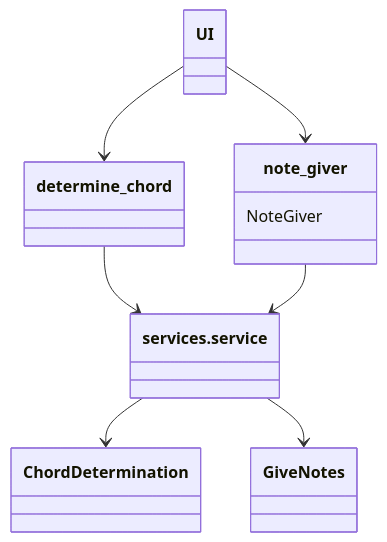
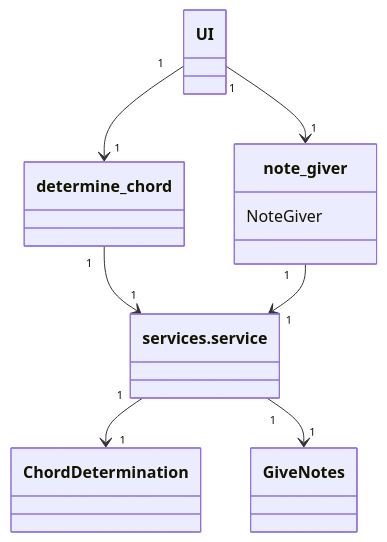
The diagram in dokumentaatio/arkkitehtuuri.md (Aaltonenn/ot-harjoitustyo), drawn with Mermaid before and after one commit.

````diff
--- a/dokumentaatio/arkkitehtuuri.md
+++ b/dokumentaatio/arkkitehtuuri.md
@@ -3,22 +3,22 @@
 ```mermaid
  classDiagram
-      UI --> determine_chord
-      UI --> note_giver
-      determine_chord --> services.service
-      note_giver --> services.service
-      services.service --> ChordDetermination
-      services.service --> GiveNotes
+      UI "1" --> "1" determine_chord
+      UI "1" --> "1" note_giver
+      determine_chord "1" --> "1" services.service
+      note_giver "1" --> "1" services.service
+      services.service "1" --> "1" ChordDetermination
+      services.service "1" --> "1" GiveNotes
       
       class note_giver{
       NoteGiver
       }
       class determine_chord{
       }
       class services.service{
       }
       class ChordDetermination{
       }
       class ChordDetermination{
       }
       
 ```
````
